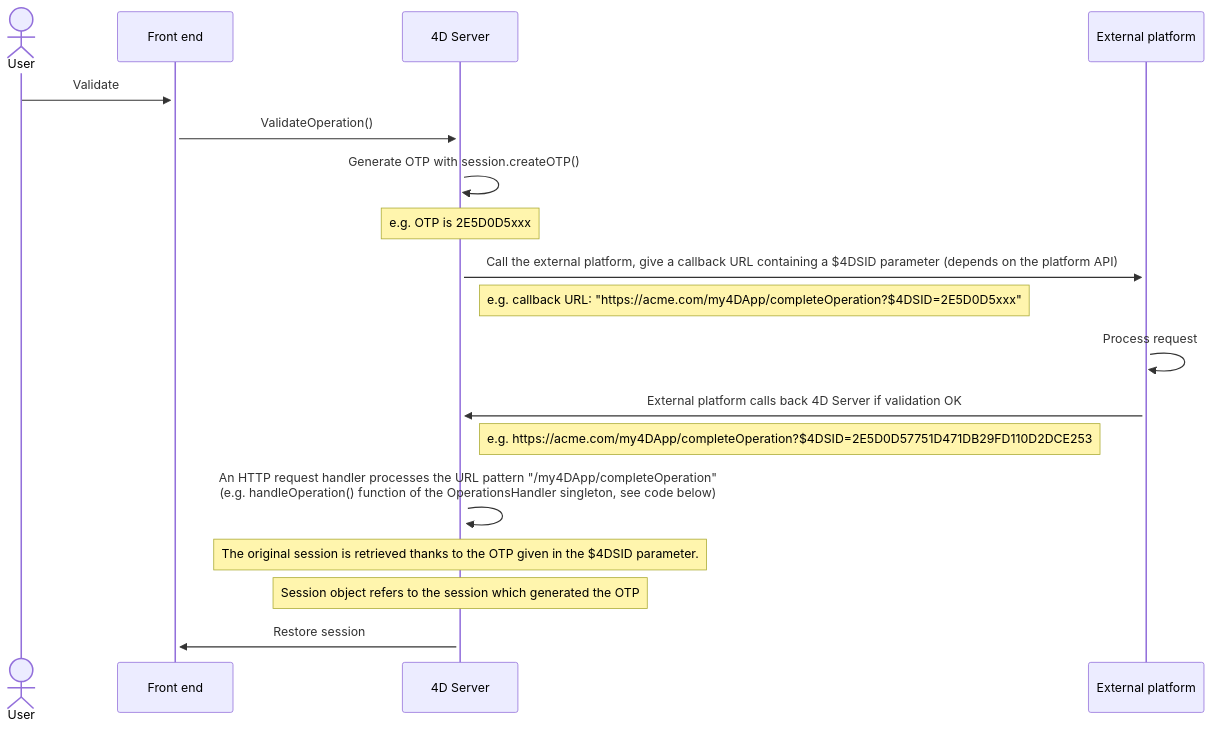
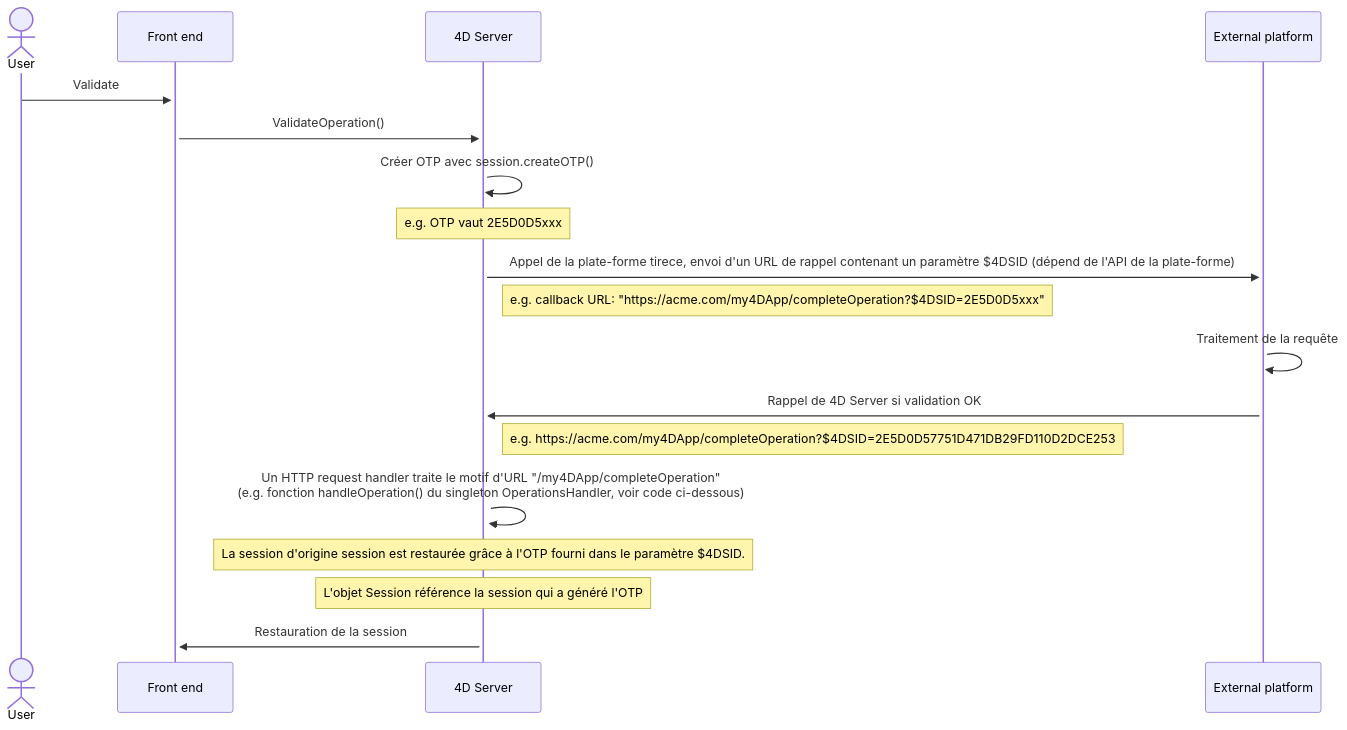
The first of 2 diagrams in i18n/fr/docusaurus-plugin-content-docs/current/WebServer/sessions.md (doc4d/docs), drawn with Mermaid before and after one commit. The commit also changed other lines of this file, not shown here.

````diff
--- a/i18n/fr/docusaurus-plugin-content-docs/current/WebServer/sessions.md
+++ b/i18n/fr/docusaurus-plugin-content-docs/current/WebServer/sessions.md
@@ -281,28 +281,28 @@
 ```mermaid
 sequenceDiagram
   Actor User as User
   participant FrontEnd as Front end
   participant 4DServer as 4D Server
   participant ExternalPlatform as External platform
 
   User ->>+ FrontEnd: Validate
   
   FrontEnd ->>+ 4DServer: ValidateOperation()
 
-    4DServer ->> 4DServer: Generate OTP with session.createOTP()
-Note over 4DServer: e.g. OTP is 2E5D0D5xxx
+    4DServer ->> 4DServer: Créer OTP avec session.createOTP()
+Note over 4DServer: e.g. OTP vaut 2E5D0D5xxx
 
-  4DServer ->>+ ExternalPlatform: Call the external platform, give a callback URL containing a $4DSID parameter (depends on the platform API)
+  4DServer ->>+ ExternalPlatform: Appel de la plate-forme tirece, envoi d'un URL de rappel contenant un paramètre $4DSID (dépend de l'API de la plate-forme)
 
   Note right of 4DServer: e.g. callback URL: "https://acme.com/my4DApp/completeOperation?$4DSID=2E5D0D5xxx"
 
- ExternalPlatform ->>+ ExternalPlatform: Process request
-ExternalPlatform ->>+ 4DServer: External platform calls back 4D Server if validation OK
+ ExternalPlatform ->>+ ExternalPlatform: Traitement de la requête
+ExternalPlatform ->>+ 4DServer: Rappel de 4D Server si validation OK
 Note right of 4DServer: e.g. https://acme.com/my4DApp/completeOperation?$4DSID=2E5D0D57751D471DB29FD110D2DCE253
-    4DServer ->> 4DServer: An HTTP request handler processes the URL pattern "/my4DApp/completeOperation"<br/>(e.g.  handleOperation() function of the OperationsHandler singleton, see code below)
+    4DServer ->> 4DServer: Un HTTP request handler traite le motif d'URL "/my4DApp/completeOperation"<br/>(e.g. fonction handleOperation() du singleton OperationsHandler, voir code ci-dessous)
 
-   Note over 4DServer: The original session is retrieved thanks to the OTP given in the $4DSID parameter.
-     Note over 4DServer: Session object refers to the session which generated the OTP
-  4DServer ->>+ FrontEnd: Restore session
+   Note over 4DServer: La session d'origine session est restaurée grâce à l'OTP fourni dans le paramètre $4DSID.
+     Note over 4DServer: L'objet Session référence la session qui a généré l'OTP
+  4DServer ->>+ FrontEnd: Restauration de la session
 
 ```
````
